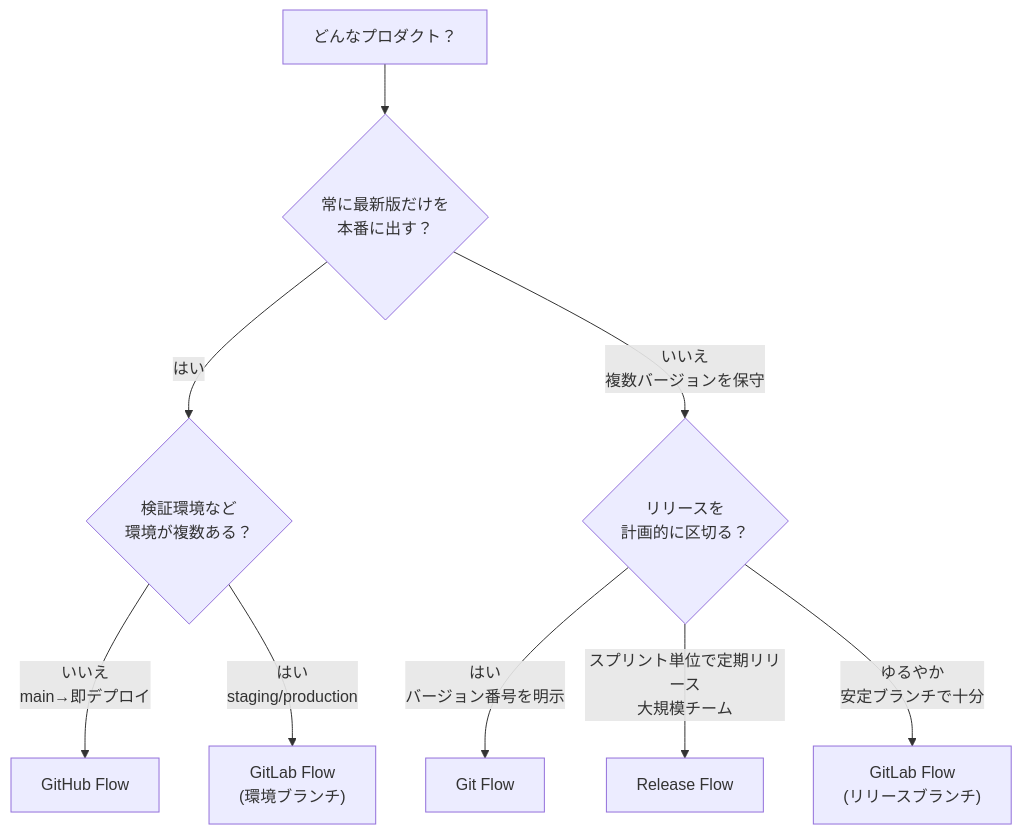
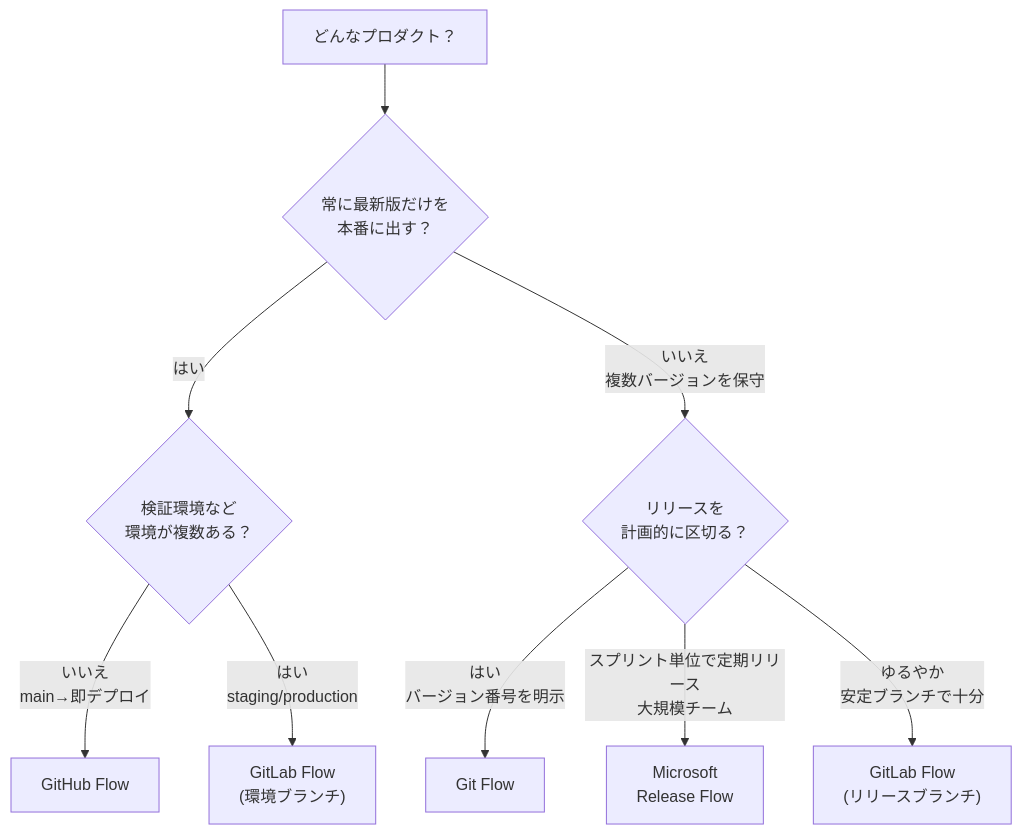
Before and after one commit to ykgw-daiki-nakamura/nakamura-git-tutorial: the diagram in docs/guide/branching-strategies.md, drawn with Mermaid. The commit also changed other lines of this file and 1 other file, not shown here.

First line of the commit message:
docs(guide): Release Flow の名称を Microsoft Release Flow に統一（レビュー対応）

````diff
--- a/docs/guide/branching-strategies.md
+++ b/docs/guide/branching-strategies.md
@@ -18,11 +18,11 @@
 ```mermaid
 flowchart TD
     A["どんなプロダクト？"] --> B{"常に最新版だけを<br/>本番に出す？"}
     B -->|はい| C{"検証環境など<br/>環境が複数ある？"}
     B -->|いいえ<br/>複数バージョンを保守| D{"リリースを<br/>計画的に区切る？"}
     C -->|いいえ<br/>main→即デプロイ| E["GitHub Flow"]
     C -->|はい<br/>staging/production| F["GitLab Flow<br/>(環境ブランチ)"]
     D -->|はい<br/>バージョン番号を明示| G["Git Flow"]
-    D -->|スプリント単位で定期リリース<br/>大規模チーム| I["Release Flow"]
+    D -->|スプリント単位で定期リリース<br/>大規模チーム| I["Microsoft<br/>Release Flow"]
     D -->|ゆるやか<br/>安定ブランチで十分| H["GitLab Flow<br/>(リリースブランチ)"]
 ```
````
